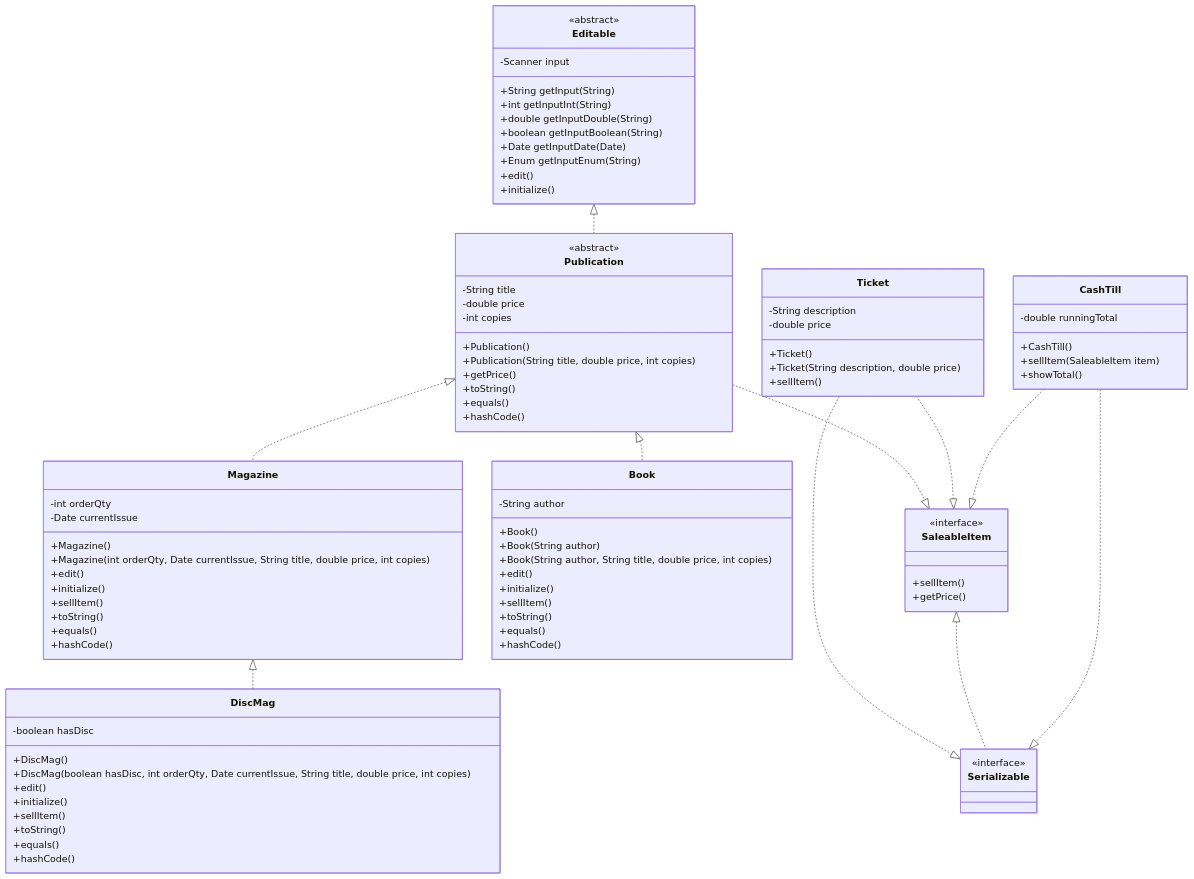
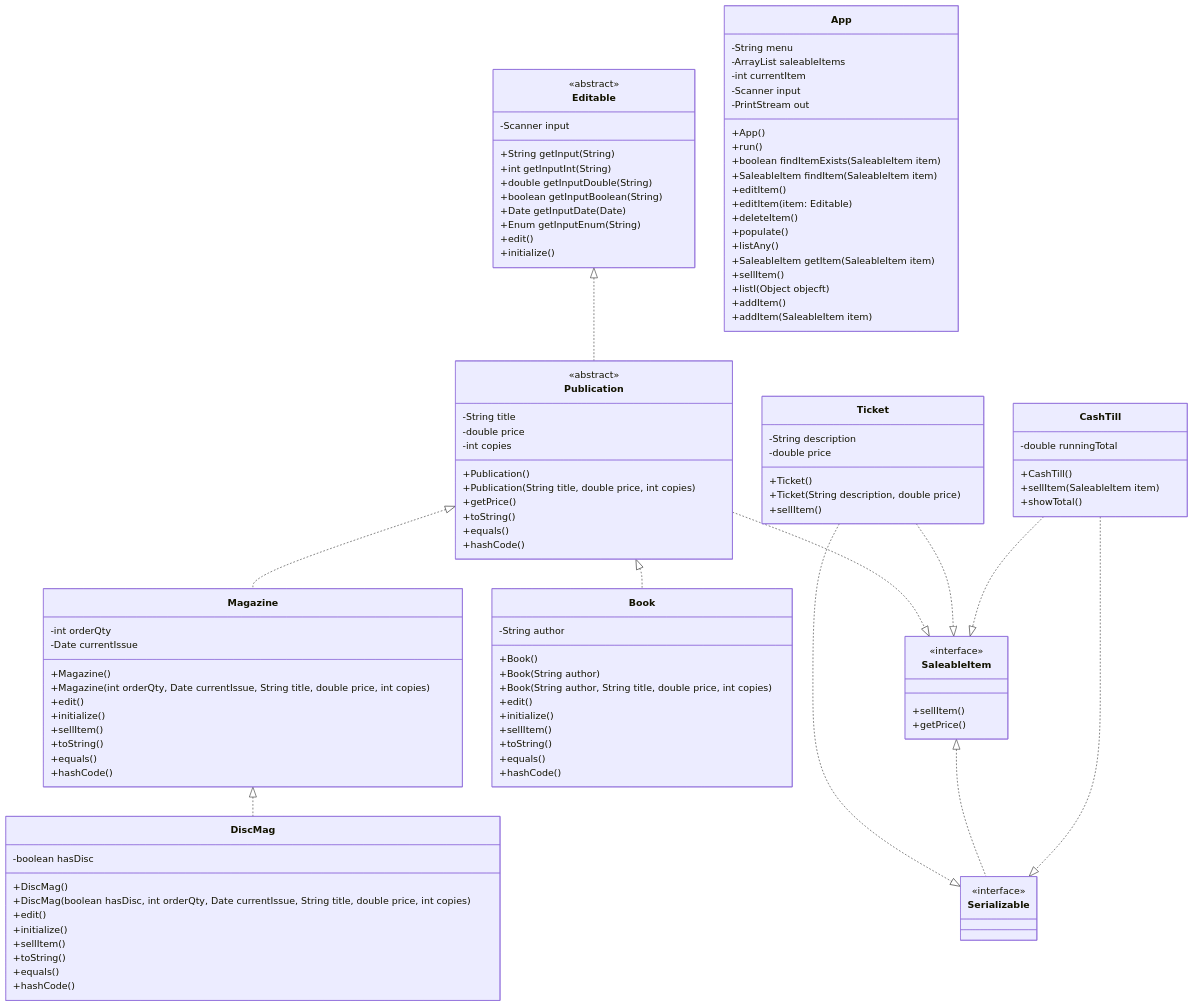
Before and after one commit to King-Talon23/CSD214_F25_TalonK: the diagram in src/main/java/lab2/diagram.mmd, drawn with Mermaid.

Commit message:
added App to mermaid diagram

```diff
--- a/src/main/java/lab2/diagram.mmd
+++ b/src/main/java/lab2/diagram.mmd
@@ -1,103 +1,125 @@
 classDiagram
 
 %% Interfaces and Abstract Classes
     class SaleableItem {
         <<interface>>
         +sellItem()
         +getPrice()
     }
 
     class Serializable {
         <<interface>>
     }
 
     class Editable {
         <<abstract>>
         -Scanner input
         +String getInput(String)
         +int getInputInt(String)
         +double getInputDouble(String)
         +boolean getInputBoolean(String)
         +Date getInputDate(Date)
         +Enum getInputEnum(String)
         +edit()
         +initialize()
     }
 
     class Publication {
         <<abstract>>
         -String title
         -double price
         -int copies
         +Publication()
         +Publication(String title, double price, int copies)
         +getPrice()
         +toString()
         +equals()
         +hashCode()
     }
 
     class Book {
         -String author
         +Book()
         +Book(String author)
         +Book(String author, String title, double price, int copies)
         +edit()
         +initialize()
         +sellItem()
         +toString()
         +equals()
         +hashCode()
     }
 
-    class Magazine {
-        -int orderQty
-        -Date currentIssue
-        +Magazine()
-        +Magazine(int orderQty, Date currentIssue, String title, double price, int copies)
-        +edit()
-        +initialize()
+    class App {
+        -String menu
+        -ArrayList<SaleableItem> saleableItems
+        -int currentItem
+        -Scanner input
+        -PrintStream out
+        +App()
+        +run()
+        +boolean findItemExists(SaleableItem item)
+        +SaleableItem findItem(SaleableItem item)
+        +editItem()
+        +editItem(item: Editable)
+        +deleteItem()
+        +populate()
+        +listAny()
+        +SaleableItem getItem(SaleableItem item)
         +sellItem()
-        +toString()
-        +equals()
-        +hashCode()
+        +listI(Object objecft)
+        +addItem()
+        +addItem(SaleableItem item)
     }
 
-    class DiscMag {
-        -boolean hasDisc
-        +DiscMag()
-        +DiscMag(boolean hasDisc, int orderQty, Date currentIssue, String title, double price, int copies)
-        +edit()
-        +initialize()
-        +sellItem()
-        +toString()
-        +equals()
-        +hashCode()
-    }
+class Magazine {
+-int orderQty
+-Date currentIssue
++Magazine()
++Magazine(int orderQty, Date currentIssue, String title, double price, int copies)
++edit()
++initialize()
++sellItem()
++toString()
++equals()
++hashCode()
+}
 
-    class Ticket {
-        -String description
-        -double price
-        +Ticket()
-        +Ticket(String description, double price)
-        +sellItem()
-    }
+class DiscMag {
+-boolean hasDisc
++DiscMag()
++DiscMag(boolean hasDisc, int orderQty, Date currentIssue, String title, double price, int copies)
++edit()
++initialize()
++sellItem()
++toString()
++equals()
++hashCode()
+}
 
-    class CashTill {
-        -double runningTotal
-        +CashTill()
-        +sellItem(SaleableItem item)
-        +showTotal()
-    }
+class Ticket {
+-String description
+-double price
++Ticket()
++Ticket(String description, double price)
++sellItem()
+}
+
+class CashTill {
+-double runningTotal
++CashTill()
++sellItem(SaleableItem item)
++showTotal()
+}
 
 %% Relationships
-    Editable <|.. Publication
-    Publication <|.. Book
-    Publication <|.. Magazine
-    Magazine <|.. DiscMag
-    Publication ..|> SaleableItem
-    Ticket ..|> SaleableItem
-    Ticket ..|> Serializable
-    SaleableItem <|.. Serializable
-    CashTill ..|> Serializable
-    CashTill ..|> SaleableItem
+Editable <|.. Publication
+Publication <|.. Book
+Publication <|.. Magazine
+Magazine <|.. DiscMag
+Publication ..|> SaleableItem
+Ticket ..|> SaleableItem
+Ticket ..|> Serializable
+SaleableItem <|.. Serializable
+CashTill ..|> Serializable
+CashTill ..|> SaleableItem
```
